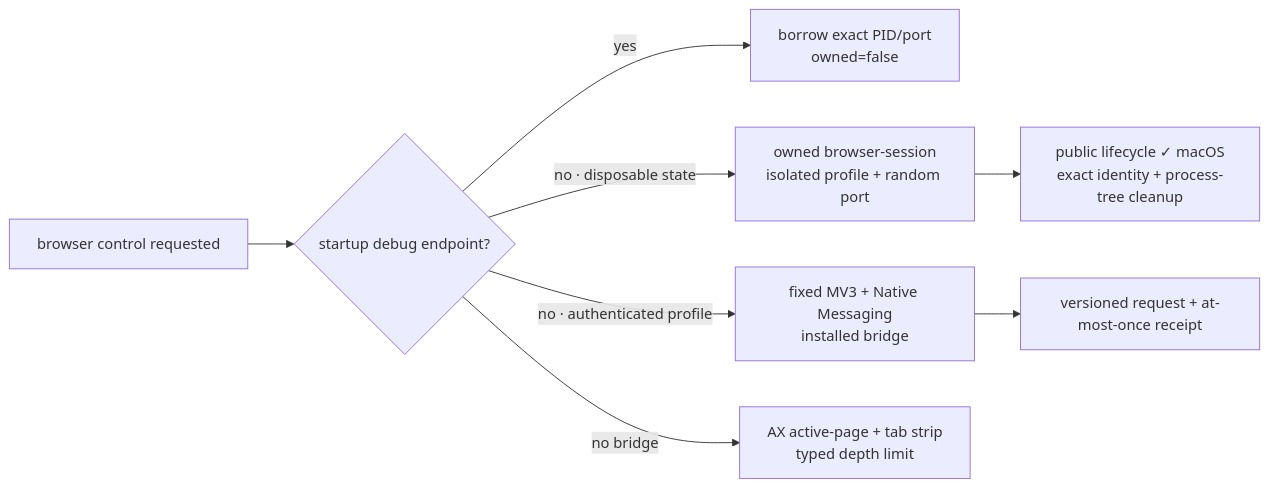
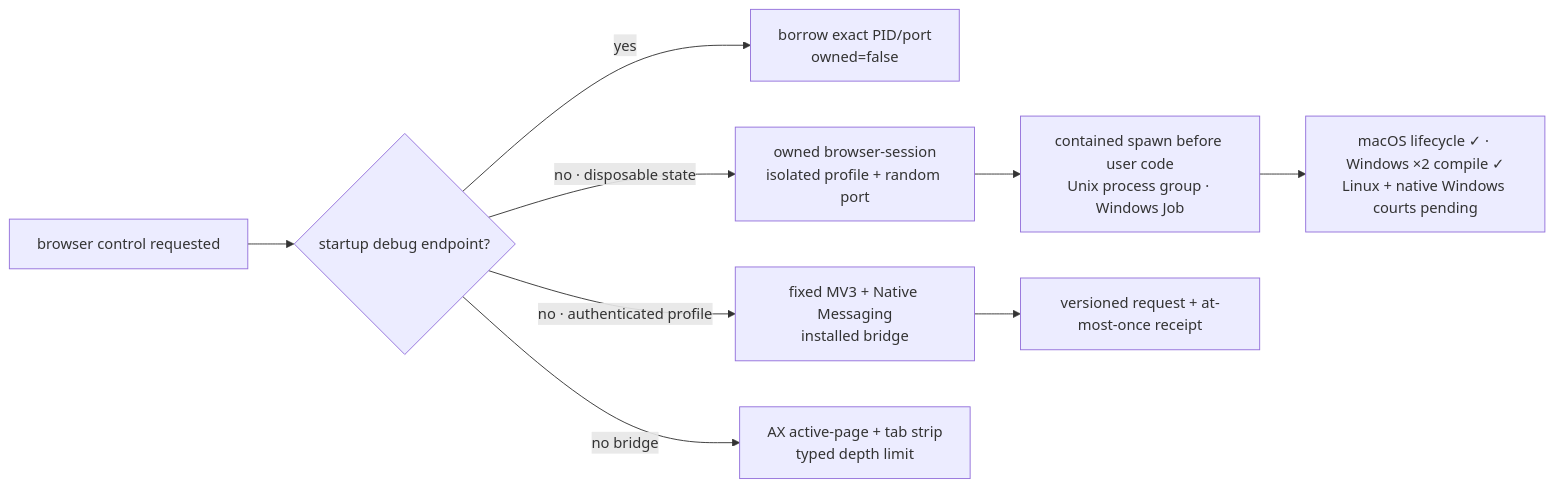
The first of 4 diagrams in prd/PRD_02_28_agenterm_cu.md (partnernetsoftware/agenterm), drawn with Mermaid before and after one commit. The commit also changed other lines of this file and 10 other files, not shown here.

````diff
--- a/prd/PRD_02_28_agenterm_cu.md
+++ b/prd/PRD_02_28_agenterm_cu.md
@@ -280,10 +283,11 @@
 ```mermaid
 flowchart LR
   B["browser control requested"] --> D{"startup debug endpoint?"}
   D -->|yes| P["borrow exact PID/port<br/>owned=false"]
   D -->|no · disposable state| S["owned browser-session<br/>isolated profile + random port"]
   D -->|no · authenticated profile| X["fixed MV3 + Native Messaging<br/>installed bridge"]
   D -->|no bridge| A["AX active-page + tab strip<br/>typed depth limit"]
-  S --> C["public lifecycle ✓ macOS<br/>exact identity + process-tree cleanup"]
+  S --> C["contained spawn before user code<br/>Unix process group · Windows Job"]
+  C --> E["macOS lifecycle ✓ · Windows ×2 compile ✓<br/>Linux + native Windows courts pending"]
   X --> R["versioned request + at-most-once receipt"]
 ```
````
